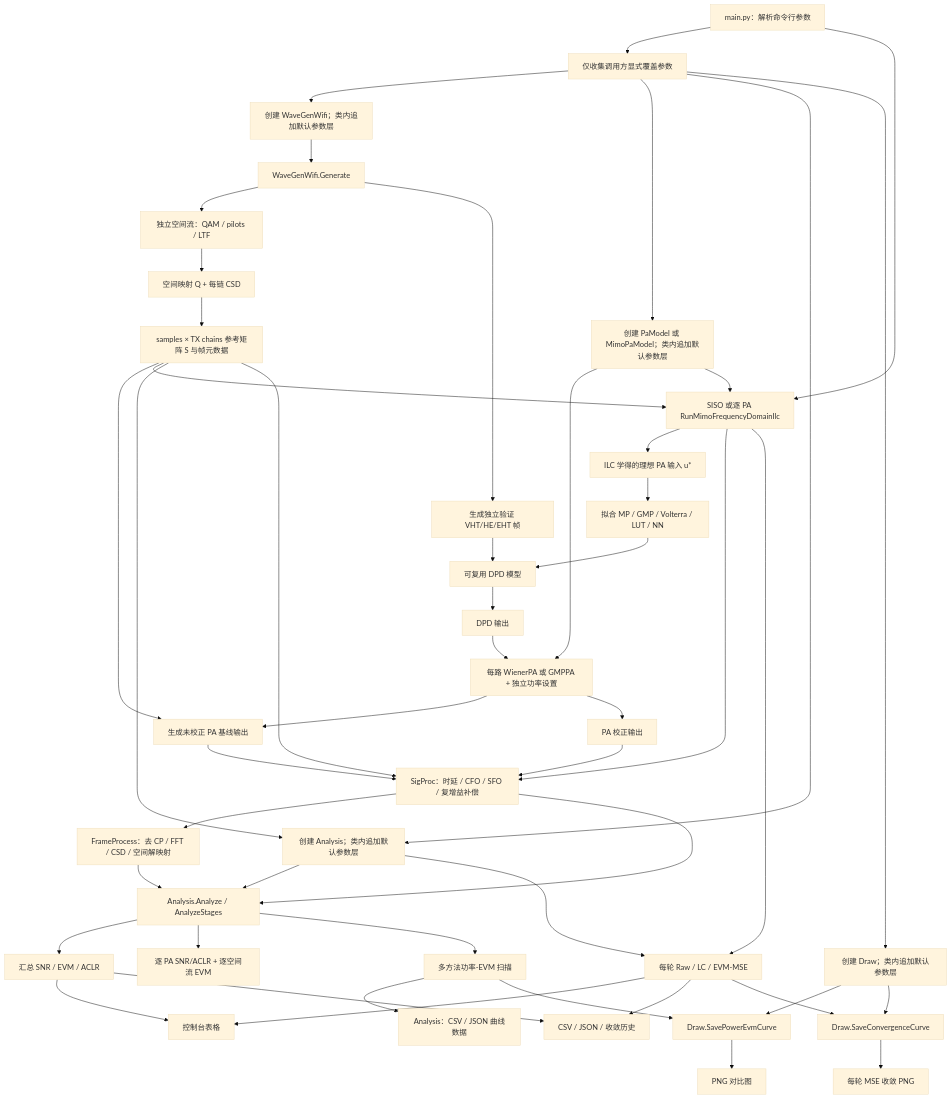
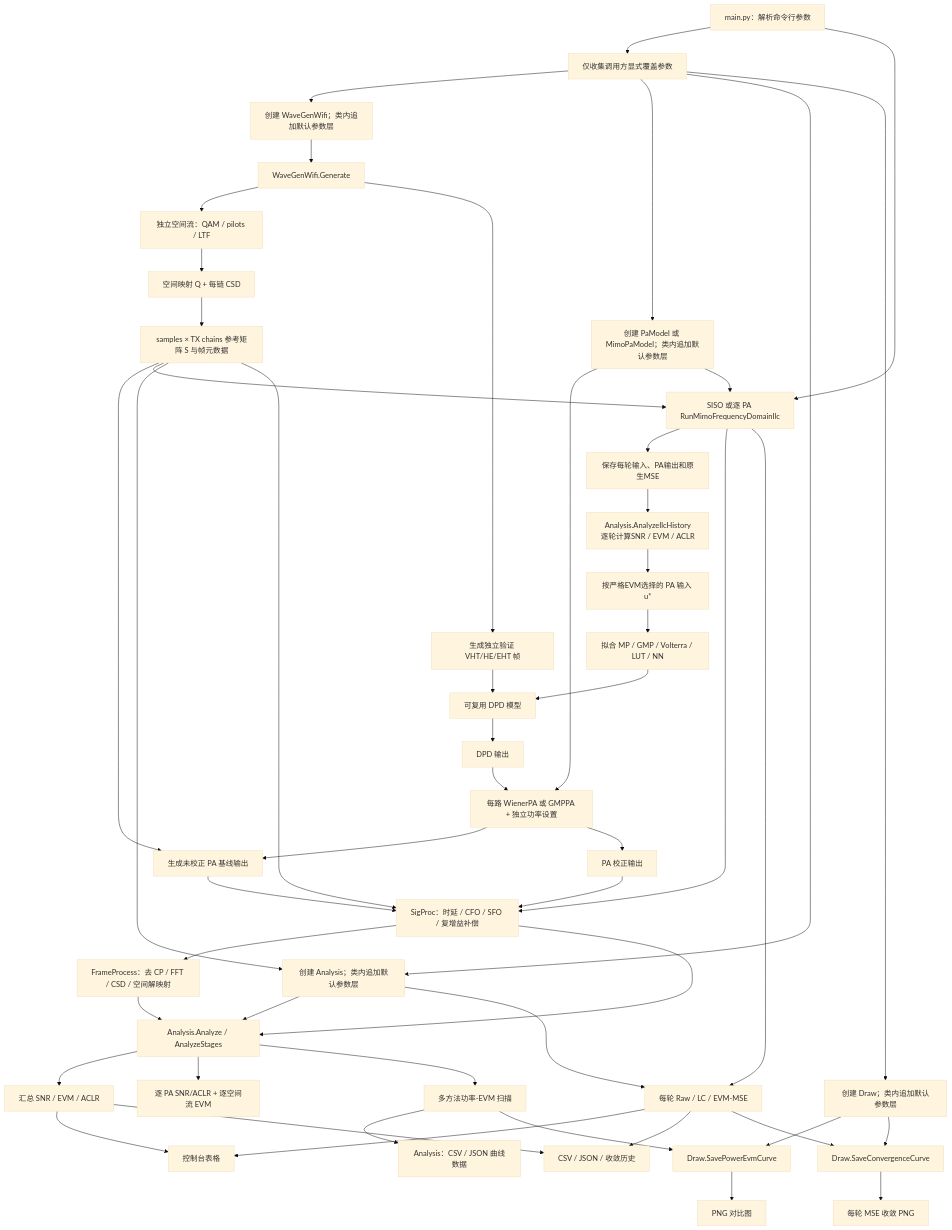
One commit to niyilu45/DPD_ILC changed the first of 11 diagrams in README.md. Above: the diagram before and after it, drawn with Mermaid (base theme). The commit also changed other lines of this file and 11 other files, not shown here.

Commit message:
Separate ILC learning from performance analysis

````diff
--- a/README.md
+++ b/README.md
@@ -46,56 +46,58 @@
 ```mermaid
 flowchart TD
     start["main.py：解析命令行参数"] --> overrideMap["仅收集调用方显式覆盖参数"]
     overrideMap --> wifiGenerator["创建 WaveGenWifi；类内追加默认参数层"]
     wifiGenerator --> waveGenWifi["WaveGenWifi.Generate"]
     waveGenWifi --> streams["独立空间流：QAM / pilots / LTF"]
     streams --> spatialMap["空间映射 Q + 每链 CSD"]
     spatialMap --> reference["samples × TX chains 参考矩阵 S 与帧元数据"]
 
     overrideMap --> paModel["创建 PaModel 或 MimoPaModel；类内追加默认参数层"]
     paModel --> paImplementation["每路 WienerPA 或 GMPPA + 独立功率设置"]
     reference --> baseline["生成未校正 PA 基线输出"]
     paImplementation --> baseline
 
     start --> frequencyIlc["SISO 或逐 PA RunMimoFrequencyDomainIlc"]
     reference --> frequencyIlc
     paModel --> frequencyIlc
 
-    frequencyIlc --> learnedInput["ILC 学得的理想 PA 输入 u*"]
+    frequencyIlc --> nativeHistory["保存每轮输入、PA输出和原生MSE"]
+    nativeHistory --> ilcAnalysis["Analysis.AnalyzeIlcHistory<br/>逐轮计算SNR / EVM / ACLR"]
+    ilcAnalysis --> learnedInput["按严格EVM选择的 PA 输入 u*"]
     learnedInput --> deployFit["拟合 MP / GMP / Volterra / LUT / NN"]
     deployFit --> deployedDpd["可复用 DPD 模型"]
 
     waveGenWifi --> validation["生成独立验证 VHT/HE/EHT 帧"]
     validation --> deployedDpd
     deployedDpd --> predistortedInput["DPD 输出"]
     predistortedInput --> paImplementation
     paImplementation --> correctedOutput["PA 校正输出"]
 
     overrideMap --> analysis["创建 Analysis；类内追加默认参数层"]
     reference --> analysis
     reference --> sigProc["SigProc：时延 / CFO / SFO / 复增益补偿"]
     baseline --> sigProc
     frequencyIlc --> sigProc
     correctedOutput --> sigProc
     sigProc --> frameProcess["FrameProcess：去 CP / FFT / CSD / 空间解映射"]
     sigProc --> analysisMethod["Analysis.Analyze / AnalyzeStages"]
     frameProcess --> analysisMethod
     analysis --> analysisMethod
     analysisMethod --> metrics["汇总 SNR / EVM / ACLR"]
     analysisMethod --> mimoMetrics["逐 PA SNR/ACLR + 逐空间流 EVM"]
     analysisMethod --> powerCurve["多方法功率-EVM 扫描"]
     metrics --> console["控制台表格"]
     metrics --> files["CSV / JSON / 收敛历史"]
     frequencyIlc --> iterationMse["每轮 Raw / LC / EVM-MSE"]
     analysis --> iterationMse
     iterationMse --> console
     iterationMse --> files
     powerCurve --> curveData["Analysis：CSV / JSON 曲线数据"]
     overrideMap --> draw["创建 Draw；类内追加默认参数层"]
     powerCurve --> drawMethod["Draw.SavePowerEvmCurve"]
     draw --> drawMethod
     drawMethod --> curveFigure["PNG 对比图"]
     iterationMse --> convergenceDraw["Draw.SaveConvergenceCurve"]
     draw --> convergenceDraw
     convergenceDraw --> convergenceFigure["每轮 MSE 收敛 PNG"]
 ```
````
